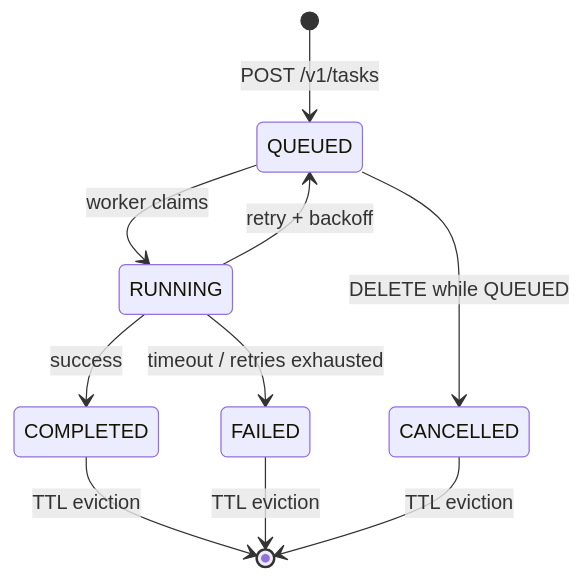
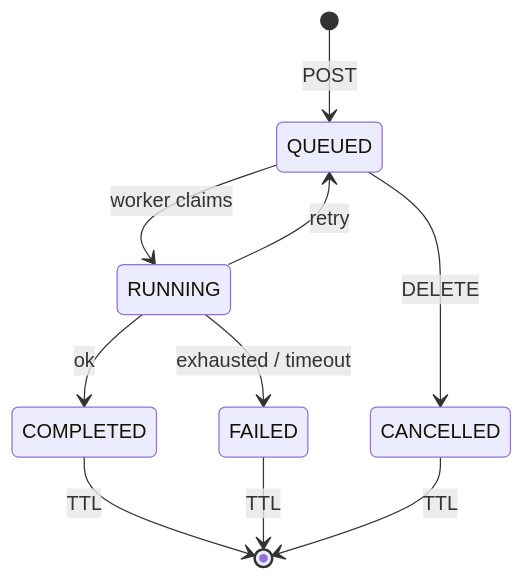
The third of 3 diagrams in docs/demo.md (shanbhag1993/shridhar-do-interview), drawn with Mermaid before and after one commit. The commit also changed other lines of this file and 3 other files, not shown here.

````diff
--- a/docs/demo.md
+++ b/docs/demo.md
@@ -115,12 +73,12 @@
 ```mermaid
 stateDiagram-v2
-    [*] --> QUEUED: POST /v1/tasks
+    [*] --> QUEUED: POST
     QUEUED --> RUNNING: worker claims
-    RUNNING --> COMPLETED: success
-    RUNNING --> QUEUED: retry + backoff
-    RUNNING --> FAILED: timeout / retries exhausted
-    QUEUED --> CANCELLED: DELETE while QUEUED
-    COMPLETED --> [*]: TTL eviction
-    FAILED --> [*]: TTL eviction
-    CANCELLED --> [*]: TTL eviction
+    RUNNING --> COMPLETED: ok
+    RUNNING --> QUEUED: retry
+    RUNNING --> FAILED: exhausted / timeout
+    QUEUED --> CANCELLED: DELETE
+    COMPLETED --> [*]: TTL
+    FAILED --> [*]: TTL
+    CANCELLED --> [*]: TTL
 ```
````
